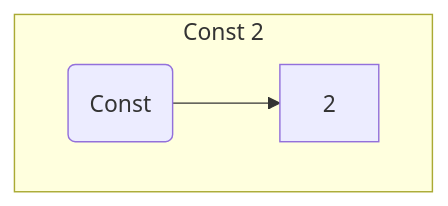
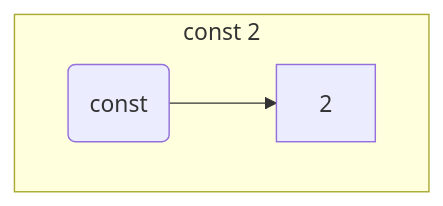
Before and after one commit to gzholtkevych/CertifiedProgramming: the diagram in Lectures/lecture-2.md, drawn with Mermaid. The commit also changed other lines of this file, not shown here.

````diff
--- a/Lectures/lecture-2.md
+++ b/Lectures/lecture-2.md
@@ -60,6 +60,6 @@
 ```mermaid
 graph TD;
-  subgraph Const 2
-    A(Const)-->B[2];
+  subgraph const 2
+    A(const)-->B[2];
   end
 ```
````
